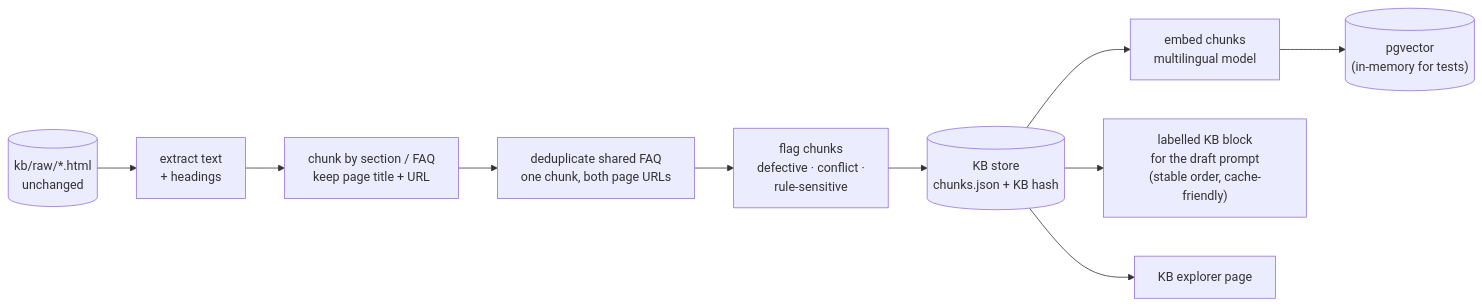
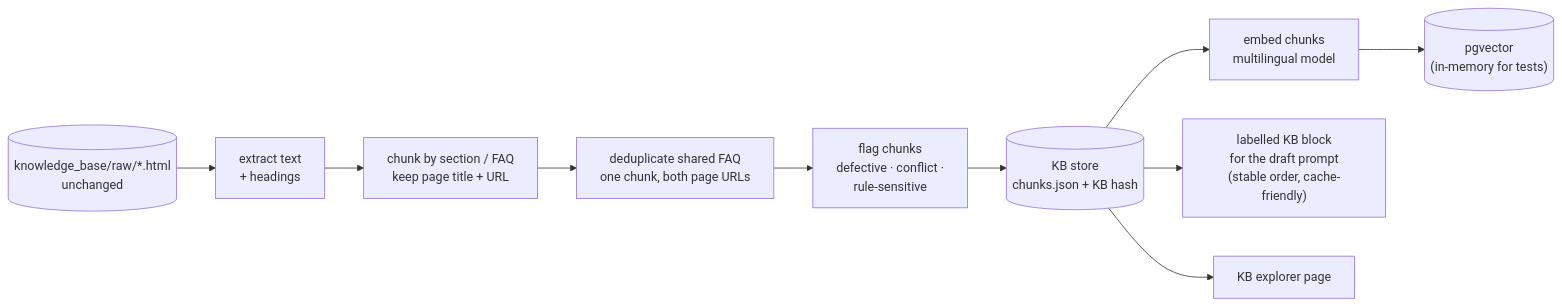
One commit to mohabashraf/support-copilot changed the ninth of 13 diagrams in docs/ARCHITECTURE.md. Above: the diagram before and after it, drawn with Mermaid. The commit also changed other lines of this file and 17 other files, not shown here.

First line of the commit message:
Rename data folder kb/ → knowledge_base/ (avoid confusion with src/copilot/kb/), remove leftover .txt extracts

````diff
--- a/docs/ARCHITECTURE.md
+++ b/docs/ARCHITECTURE.md
@@ -314,12 +314,12 @@
 ```mermaid
 flowchart LR
-    RAW[("kb/raw/*.html<br/>unchanged")] --> EXT["extract text<br/>+ headings"]
+    RAW[("knowledge_base/raw/*.html<br/>unchanged")] --> EXT["extract text<br/>+ headings"]
     EXT --> CH["chunk by section / FAQ<br/>keep page title + URL"]
     CH --> DD["deduplicate shared FAQ<br/>one chunk, both page URLs"]
     DD --> FL["flag chunks<br/>defective · conflict ·<br/>rule-sensitive"]
     FL --> STORE[("KB store<br/>chunks.json + KB hash")]
     STORE --> EMB["embed chunks<br/>multilingual model"]
     EMB --> IDX[("pgvector<br/>(in-memory for tests)")]
     STORE --> PROMPT["labelled KB block<br/>for the draft prompt<br/>(stable order, cache-friendly)"]
     STORE --> EXP["KB explorer page"]
 ```
````
